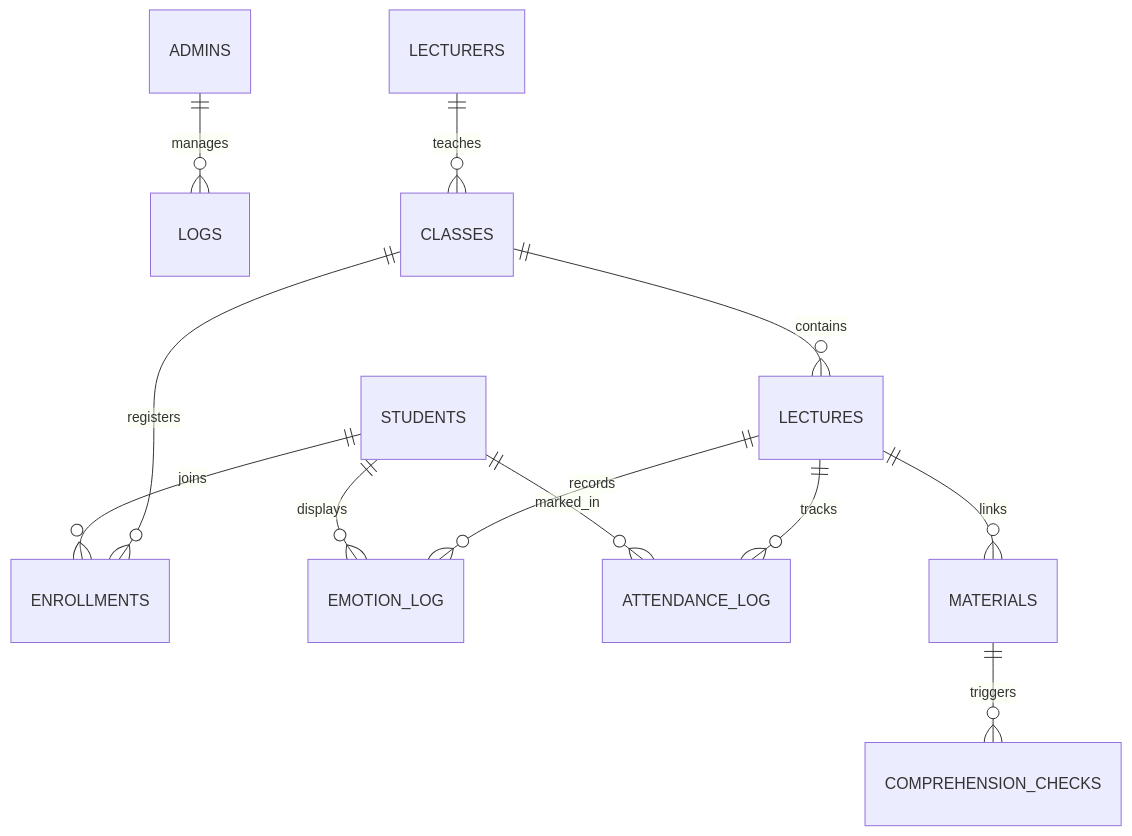
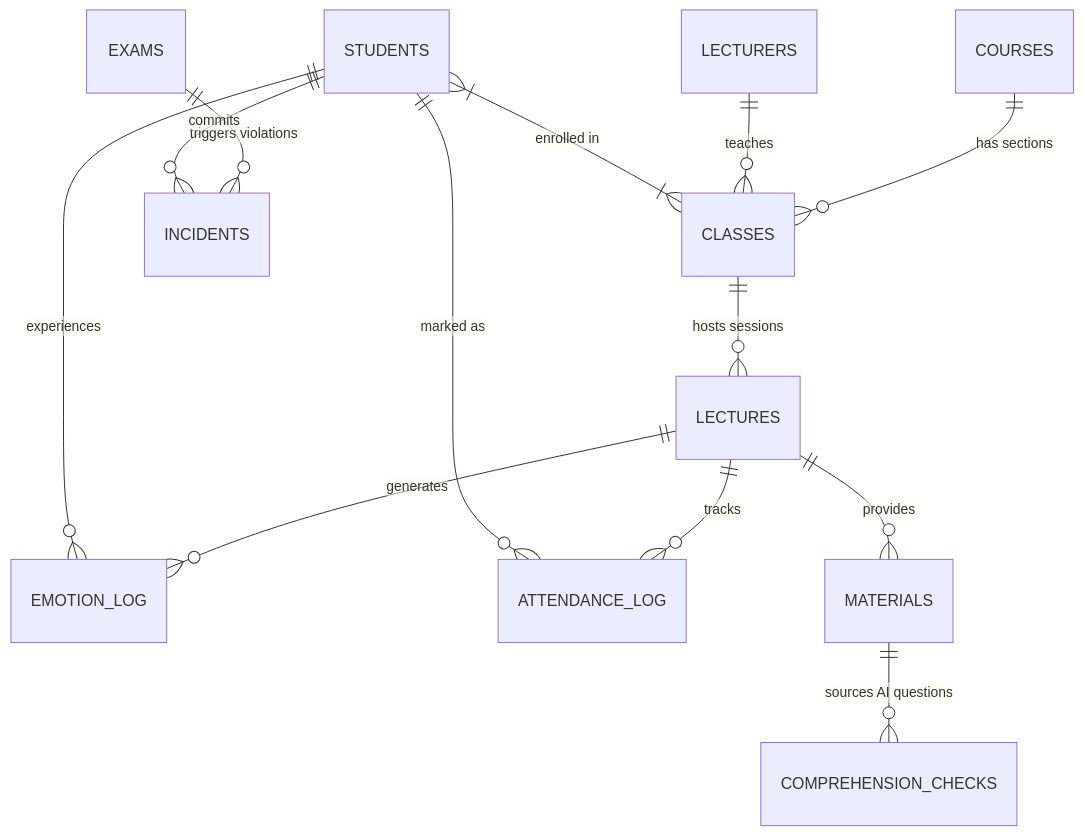
Before and after one commit to 4awmy/Classroom-Emotion-System: the fifth of 5 diagrams in ARCHITECTURE.md, drawn with Mermaid. The commit also changed other lines of this file and 9 other files, not shown here.

````diff
--- a/ARCHITECTURE.md
+++ b/ARCHITECTURE.md
@@ -77,14 +189,25 @@
 ```mermaid
 erDiagram
-    ADMINS ||--o{ LOGS : manages
-    LECTURERS ||--o{ CLASSES : teaches
-    CLASSES ||--o{ LECTURES : contains
-    CLASSES ||--o{ ENROLLMENTS : registers
-    STUDENTS ||--o{ ENROLLMENTS : joins
-    LECTURES ||--o{ EMOTION_LOG : records
-    LECTURES ||--o{ ATTENDANCE_LOG : tracks
-    STUDENTS ||--o{ EMOTION_LOG : displays
-    STUDENTS ||--o{ ATTENDANCE_LOG : marked_in
-    LECTURES ||--o{ MATERIALS : links
-    MATERIALS ||--o{ COMPREHENSION_CHECKS : triggers
+    %% Core Entities
+    COURSES ||--o{ CLASSES : "has sections"
+    LECTURERS ||--o{ CLASSES : "teaches"
+    CLASSES ||--o{ LECTURES : "hosts sessions"
+    
+    %% Users
+    STUDENTS }|--|{ CLASSES : "enrolled in"
+    
+    %% Logs & Real-time
+    LECTURES ||--o{ EMOTION_LOG : "generates"
+    STUDENTS ||--o{ EMOTION_LOG : "experiences"
+    
+    LECTURES ||--o{ ATTENDANCE_LOG : "tracks"
+    STUDENTS ||--o{ ATTENDANCE_LOG : "marked as"
+    
+    %% Proctoring
+    EXAMS ||--o{ INCIDENTS : "triggers violations"
+    STUDENTS ||--o{ INCIDENTS : "commits"
+    
+    %% Materials & AI
+    LECTURES ||--o{ MATERIALS : "provides"
+    MATERIALS ||--o{ COMPREHENSION_CHECKS : "sources AI questions"
 ```
````
